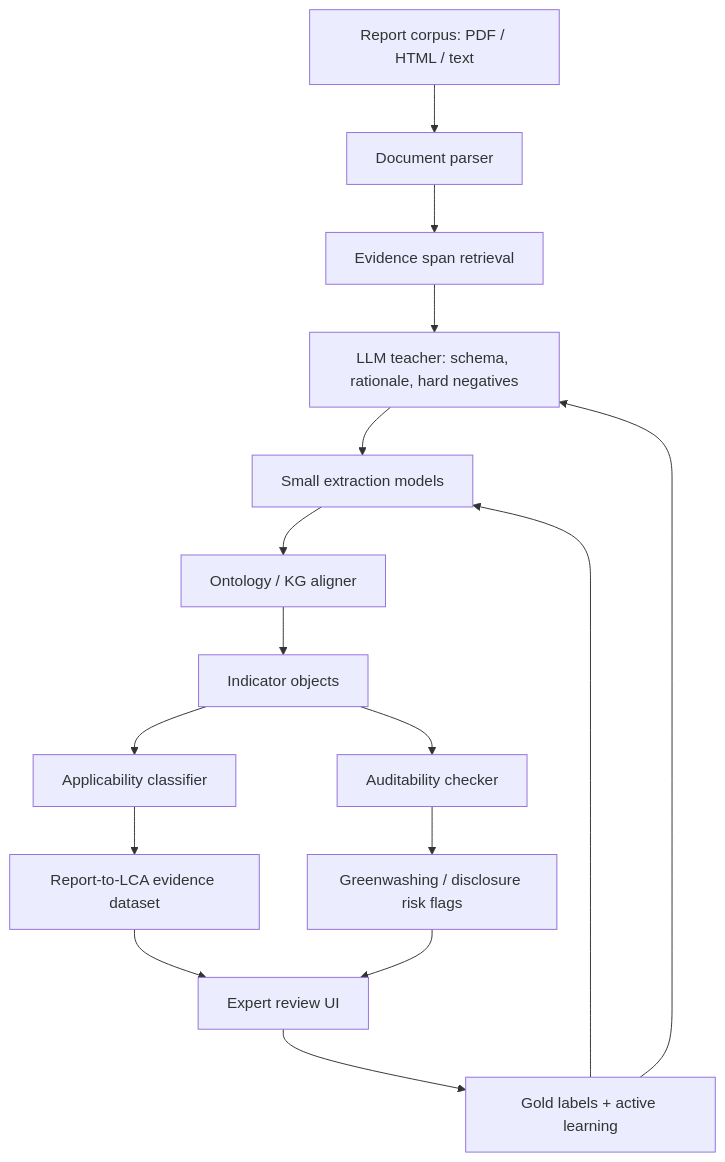
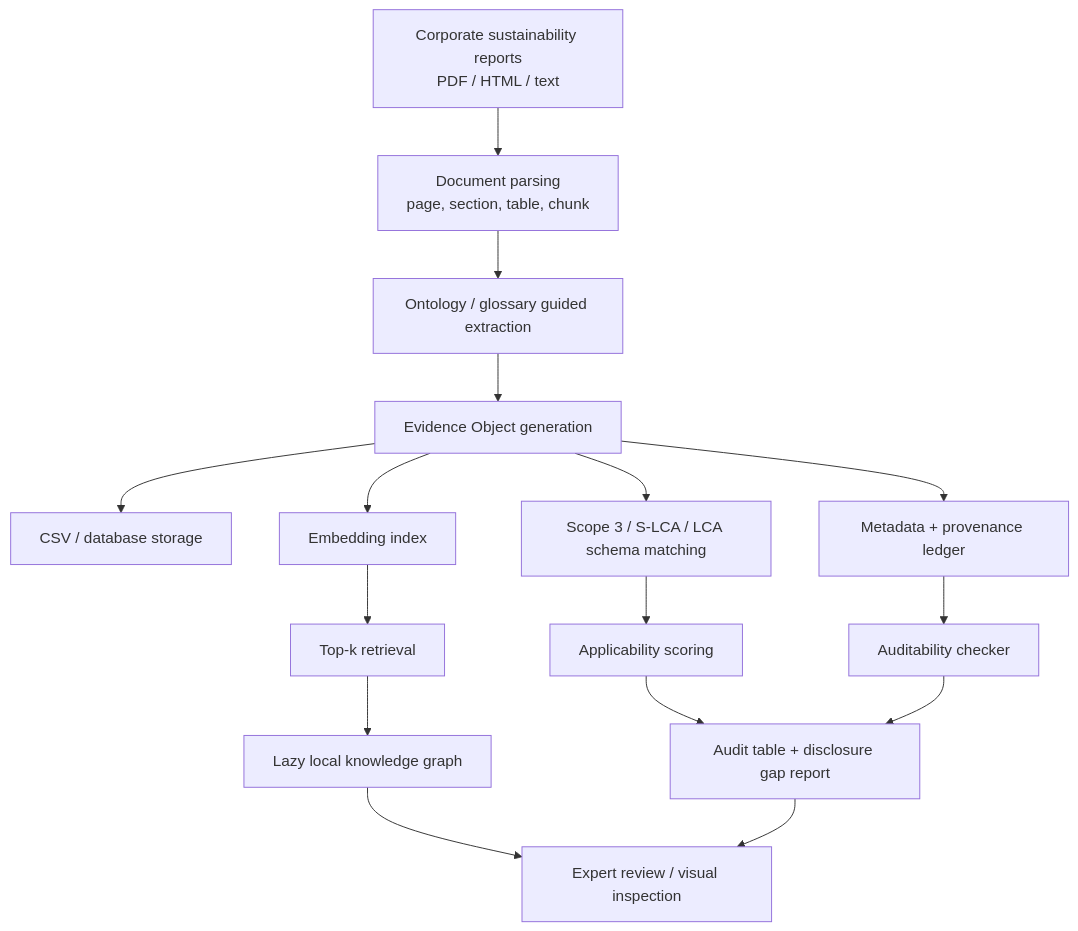
The diagram in content/wikis/report-to-lca-evidence/content.md (Yvnminc/SiliWiki), drawn with Mermaid before and after one commit. The commit also changed other lines of this file and 6 other files, not shown here.

Commit message:
docs: condense report-to-lca evidence methods article

````diff
--- a/content/wikis/report-to-lca-evidence/content.md
+++ b/content/wikis/report-to-lca-evidence/content.md
@@ -184,18 +96,18 @@
 ```mermaid
 flowchart TD
-    A[Report corpus: PDF / HTML / text] --> B[Document parser]
-    B --> C[Evidence span retrieval]
-    C --> D[LLM teacher: schema, rationale, hard negatives]
-    D --> E[Small extraction models]
-    E --> F[Ontology / KG aligner]
-    F --> G[Indicator objects]
-    G --> H[Applicability classifier]
-    G --> I[Auditability checker]
-    H --> J[Report-to-LCA evidence dataset]
-    I --> K[Greenwashing / disclosure risk flags]
-    J --> L[Expert review UI]
-    K --> L
-    L --> M[Gold labels + active learning]
-    M --> D
-    M --> E
+    A[Corporate sustainability reports<br/>PDF / HTML / text] --> B[Document parsing<br/>page, section, table, chunk]
+    B --> C[Ontology / glossary guided extraction]
+    C --> D[Evidence Object generation]
+    D --> E[CSV / database storage]
+    D --> F[Metadata + provenance ledger]
+    D --> G[Embedding index]
+    G --> H[Top-k retrieval]
+    H --> I[Lazy local knowledge graph]
+    D --> J[Scope 3 / S-LCA / LCA schema matching]
+    J --> K[Applicability scoring]
+    F --> L[Auditability checker]
+    K --> M[Audit table + disclosure gap report]
+    L --> M
+    I --> N[Expert review / visual inspection]
+    M --> N
 ```
````
